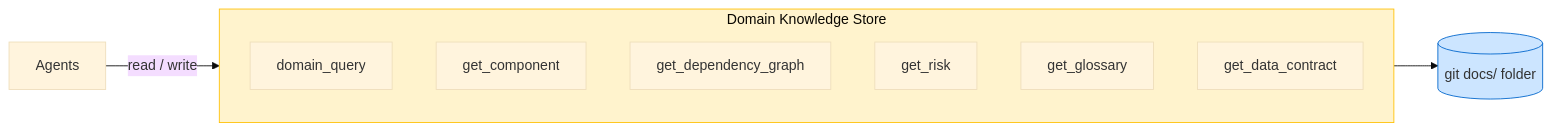
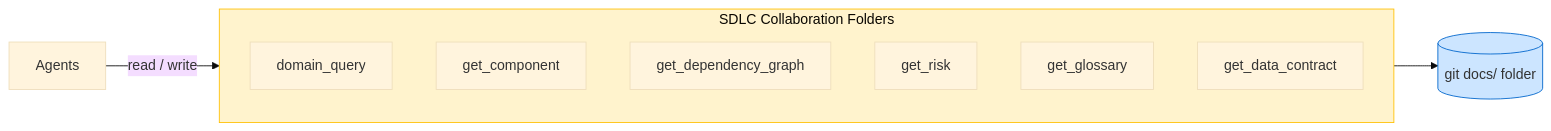
The second of 5 diagrams in planifest-docs/p001-planifest-master-plan.md (planifest/planifest-docs), drawn with Mermaid (base theme) before and after one commit. The commit also changed other lines of this file and 9 other files, not shown here.

Commit message:
Domain Knowledge Store is a roadmap item and not implemented in v1.0.

````diff
--- a/planifest-docs/p001-planifest-master-plan.md
+++ b/planifest-docs/p001-planifest-master-plan.md
@@ -98,17 +98,17 @@
 ```mermaid
 flowchart LR
-    subgraph DKS["Domain Knowledge Store"]
+    subgraph DKS["SDLC Collaboration Folders"]
         Q["domain_query"]
         GC["get_component"]
         GDG["get_dependency_graph"]
         GR["get_risk"]
         GG["get_glossary"]
         GDC["get_data_contract"]
     end
 
     AG["Agents"] -->|read / write| DKS
     DKS --> STORE[(git docs/ folder)]
 
     style DKS fill:#fff3cd,stroke:#ffc107
     style STORE fill:#cce5ff,stroke:#0066cc
 ```
````
